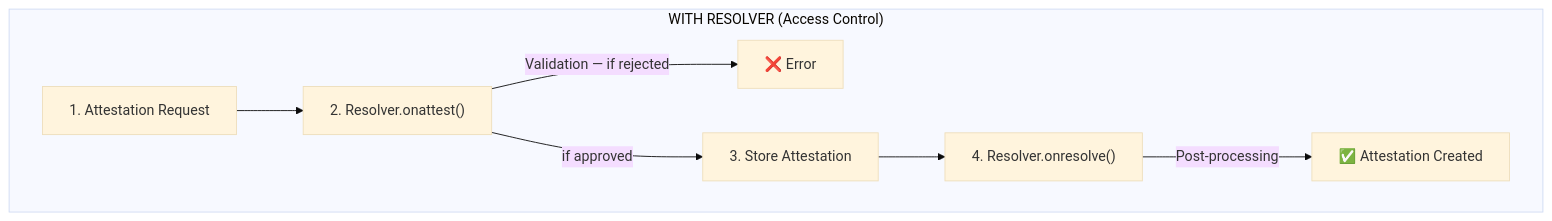
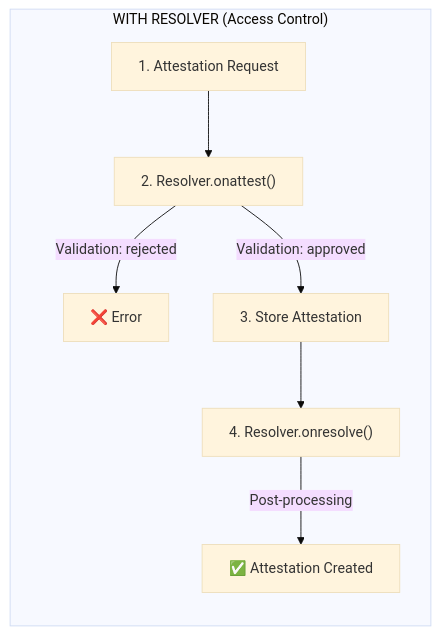
The second of 2 diagrams in apps/docs/concepts/resolvers.mdx (daccred/attestprotocol), drawn with Mermaid (base theme) before and after one commit.

Commit message:
docs: lay out the resolver flow vertically
The access-control diagram inherited a horizontal layout inside its
subgraph, so Mintlify scaled the whole thing down to fit the content
column and the node text became unreadable. Pinning the subgraph to a
top-down direction and shortening the two branch labels keeps it
legible in both light and dark.

Refs: 2026-08-29-soroban-sdk-27-v2-contracts plan II task III

````diff
--- a/apps/docs/concepts/resolvers.mdx
+++ b/apps/docs/concepts/resolvers.mdx
@@ -33,10 +33,11 @@
 ```mermaid
 flowchart TD
     subgraph W2["WITH RESOLVER (Access Control)"]
+        direction TB
         R1["1. Attestation Request"] --> R2["2. Resolver.onattest()"]
-        R2 -->|Validation — if rejected| RE["❌ Error"]
-        R2 -->|if approved| R3["3. Store Attestation"]
+        R2 -->|Validation: rejected| RE["❌ Error"]
+        R2 -->|Validation: approved| R3["3. Store Attestation"]
         R3 --> R4["4. Resolver.onresolve()"]
         R4 -->|Post-processing| R5["✅ Attestation Created"]
     end
 ```
````
